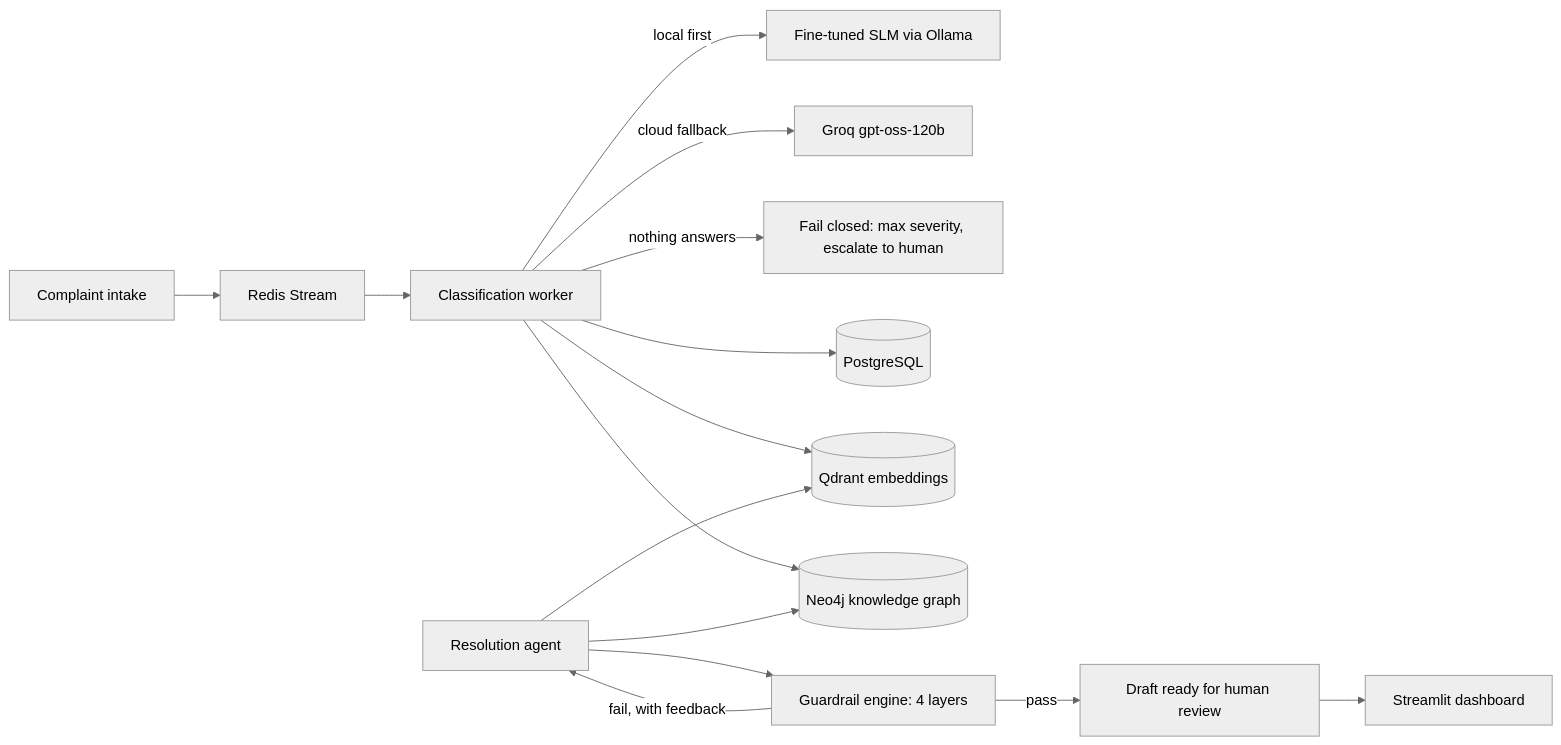
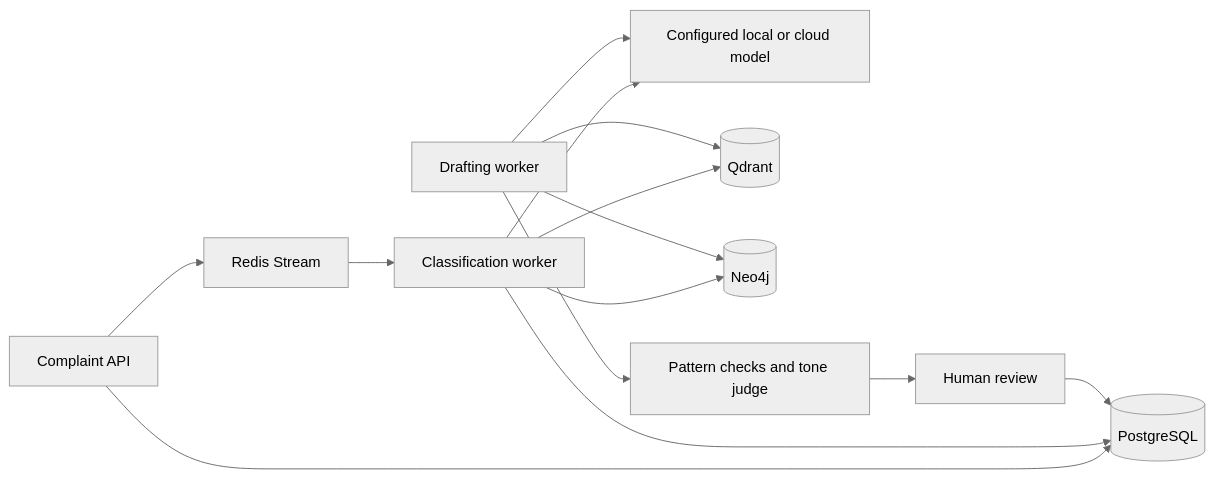
Before and after one commit to deeason7/ResolveAI: the diagram in README.md, drawn with Mermaid (neutral theme). The commit also changed other lines of this file and 42 other files, not shown here.

````diff
--- a/README.md
+++ b/README.md
@@ -28,17 +32,16 @@
 ```mermaid
 flowchart LR
-    A[Complaint intake] --> Q[Redis Stream]
+    A[Complaint API] --> PG[(PostgreSQL)]
+    A --> Q[Redis Stream]
     Q --> W[Classification worker]
-    W -->|local first| SLM[Fine-tuned SLM via Ollama]
-    W -->|cloud fallback| GROQ[Groq gpt-oss-120b]
-    W -->|nothing answers| FC[Fail closed: max severity, escalate to human]
-    W --> PG[(PostgreSQL)]
-    W --> VDB[(Qdrant embeddings)]
-    W --> KG[(Neo4j knowledge graph)]
-    AG[Resolution agent] --> VDB
-    AG --> KG
-    AG --> GR[Guardrail engine: 4 layers]
-    GR -->|pass| HR[Draft ready for human review]
-    GR -->|fail, with feedback| AG
-    HR --> UI[Streamlit dashboard]
+    W --> L[Configured local or cloud model]
+    W --> PG
+    W --> V[(Qdrant)]
+    W --> G[(Neo4j)]
+    R[Drafting worker] --> V
+    R --> G
+    R --> L
+    R --> C[Pattern checks and tone judge]
+    C --> UI[Human review]
+    UI --> PG
 ```
````
